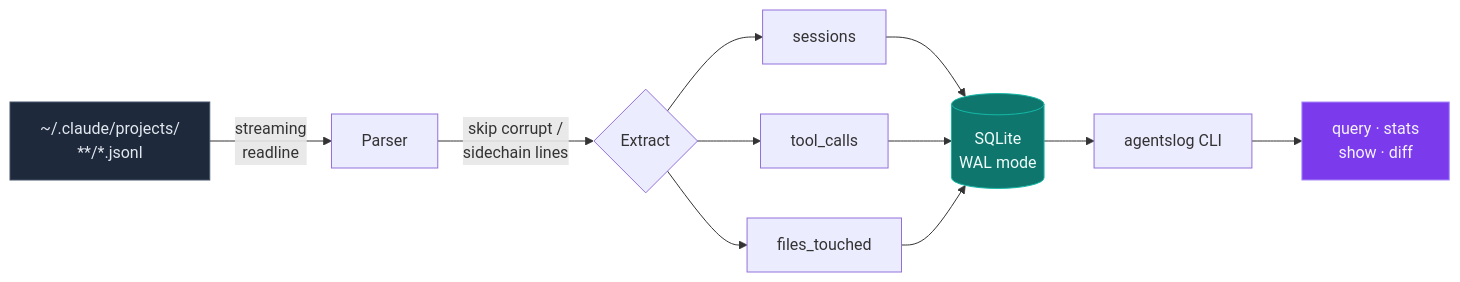
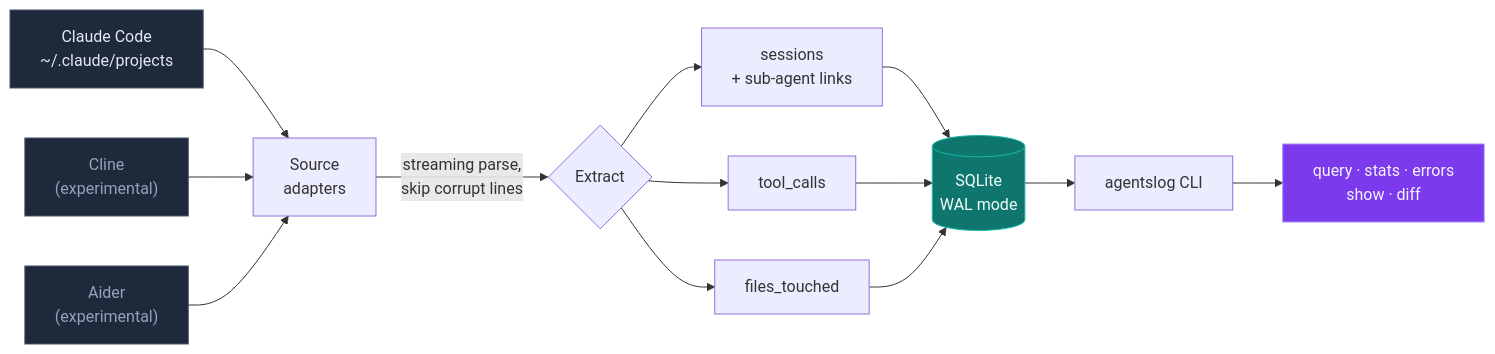
The first of 3 diagrams in README.md (MohammadYusif/agentslog), drawn with Mermaid before and after one commit. The commit also changed other lines of this file and 2 other files, not shown here.

First line of the commit message:
chore: v0.2.0 — docs, version bump, errors command in CLI help

````diff
--- a/README.md
+++ b/README.md
@@ -69,17 +69,21 @@
 ```mermaid
 flowchart LR
-    A["~/.claude/projects/<br/>**/*.jsonl"] -->|streaming<br/>readline| B[Parser]
-    B -->|skip corrupt /<br/>sidechain lines| C{Extract}
-    C --> D[sessions]
+    A1["Claude Code<br/>~/.claude/projects"] --> B[Source<br/>adapters]
+    A2["Cline<br/>(experimental)"] --> B
+    A3["Aider<br/>(experimental)"] --> B
+    B -->|streaming parse,<br/>skip corrupt lines| C{Extract}
+    C --> D[sessions<br/>+ sub-agent links]
     C --> E[tool_calls]
     C --> F[files_touched]
     D --> G[(SQLite<br/>WAL mode)]
     E --> G
     F --> G
     G --> H[agentslog CLI]
-    H --> I[query · stats<br/>show · diff]
+    H --> I[query · stats · errors<br/>show · diff]
 
-    style A fill:#1e293b,stroke:#475569,color:#e2e8f0
+    style A1 fill:#1e293b,stroke:#475569,color:#e2e8f0
+    style A2 fill:#1e293b,stroke:#475569,color:#94a3b8
+    style A3 fill:#1e293b,stroke:#475569,color:#94a3b8
     style G fill:#0f766e,stroke:#14b8a6,color:#f0fdfa
     style I fill:#7c3aed,stroke:#a78bfa,color:#f5f3ff
 ```
````
